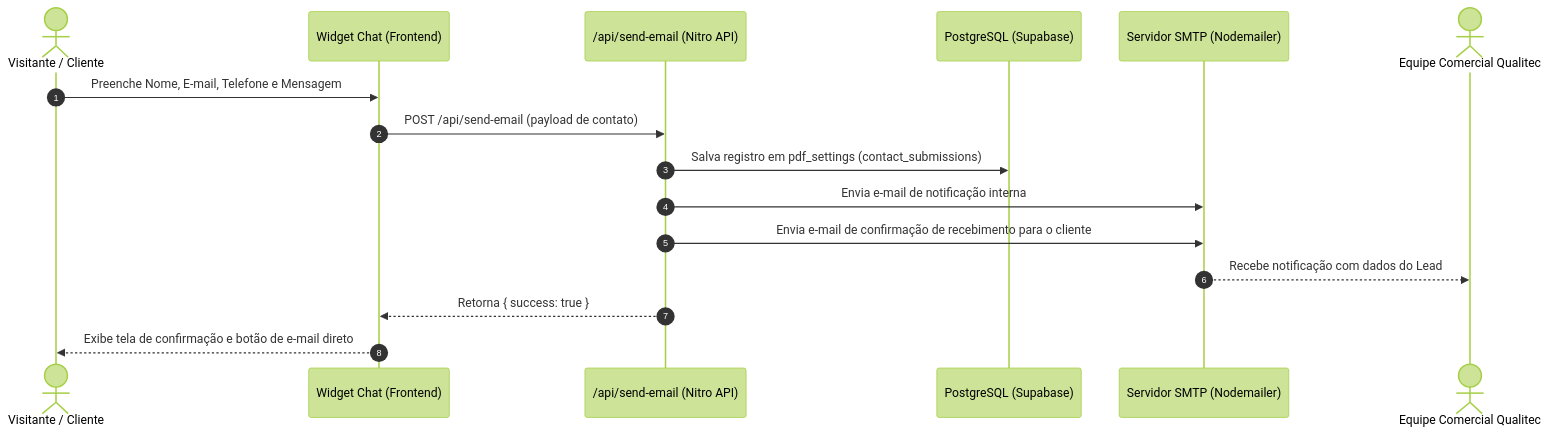
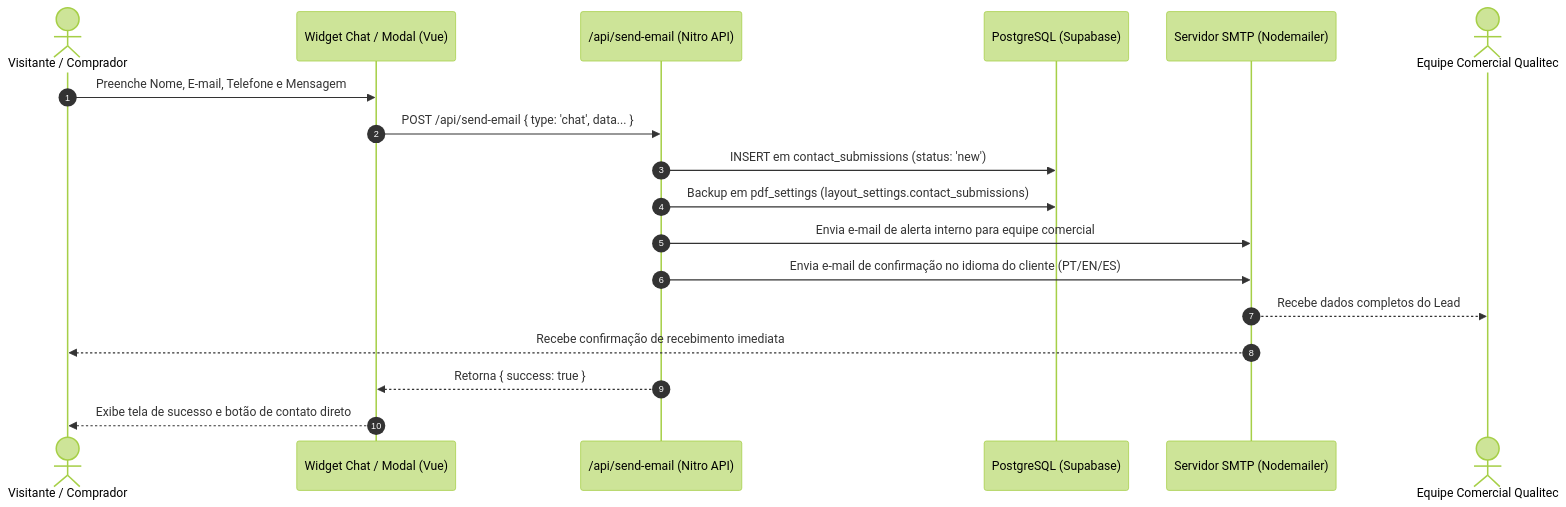
The second of 3 diagrams in docs/PRD.md (qualitec1/catalogo-tecnico-qualitec), drawn with Mermaid (forest theme) before and after one commit. The commit also changed other lines of this file and 46 other files, not shown here.

Commit message:
feat(security): p0 remediation - admin auth guard, rls phase a/b, public settings whitelist and lead persistence

````diff
--- a/docs/PRD.md
+++ b/docs/PRD.md
@@ -147,19 +684,21 @@
 ```mermaid
 sequenceDiagram
     autonumber
-    actor Cliente as Visitante / Cliente
-    participant Chat as Widget Chat (Frontend)
+    actor Cliente as Visitante / Comprador
+    participant Chat as Widget Chat / Modal (Vue)
     participant API as /api/send-email (Nitro API)
     participant DB as PostgreSQL (Supabase)
     participant SMTP as Servidor SMTP (Nodemailer)
     actor Vendas as Equipe Comercial Qualitec
 
     Cliente->>Chat: Preenche Nome, E-mail, Telefone e Mensagem
-    Chat->>API: POST /api/send-email (payload de contato)
-    API->>DB: Salva registro em pdf_settings (contact_submissions)
-    API->>SMTP: Envia e-mail de notificação interna
-    API->>SMTP: Envia e-mail de confirmação de recebimento para o cliente
-    SMTP-->>Vendas: Recebe notificação com dados do Lead
+    Chat->>API: POST /api/send-email { type: 'chat', data... }
+    API->>DB: INSERT em contact_submissions (status: 'new')
+    API->>DB: Backup em pdf_settings (layout_settings.contact_submissions)
+    API->>SMTP: Envia e-mail de alerta interno para equipe comercial
+    API->>SMTP: Envia e-mail de confirmação no idioma do cliente (PT/EN/ES)
+    SMTP-->>Vendas: Recebe dados completos do Lead
+    SMTP-->>Cliente: Recebe confirmação de recebimento imediata
     API-->>Chat: Retorna { success: true }
-    Chat-->>Cliente: Exibe tela de confirmação e botão de e-mail direto
+    Chat-->>Cliente: Exibe tela de sucesso e botão de contato direto
 ```
````
